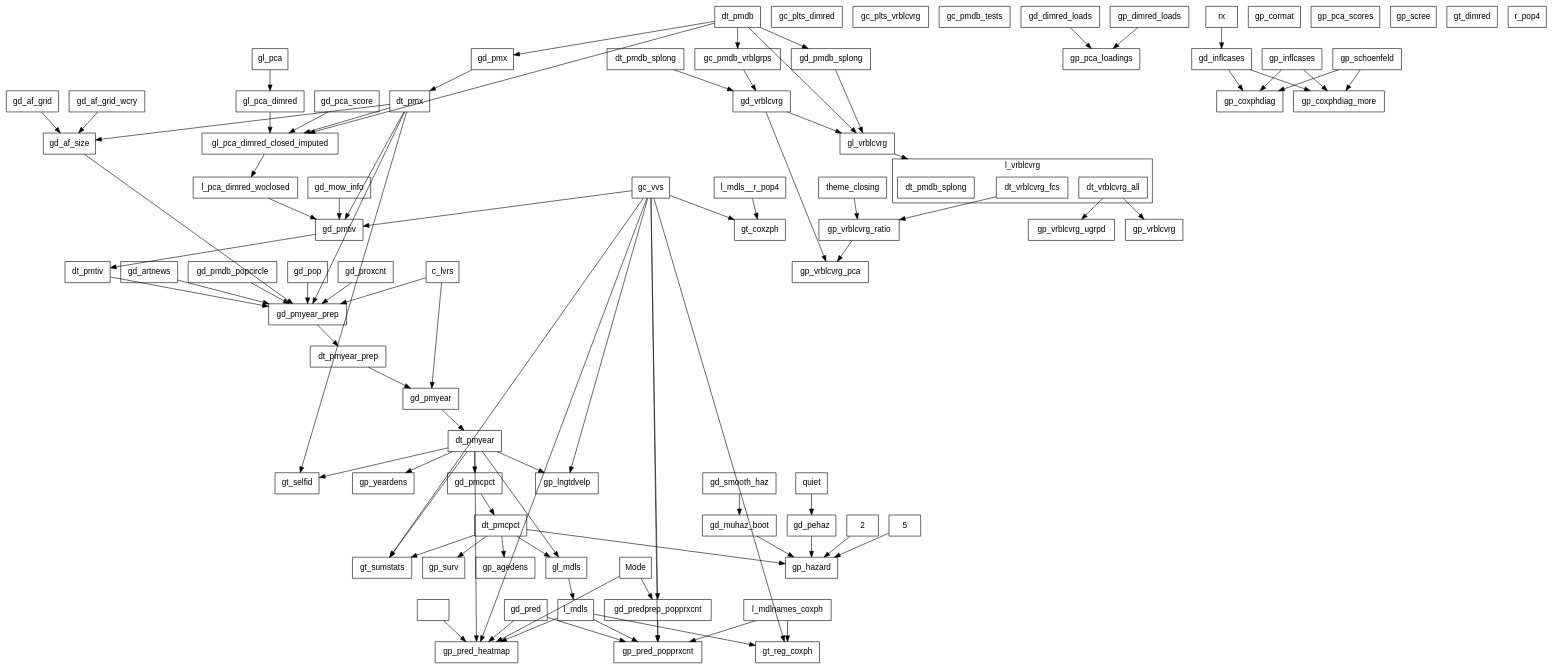
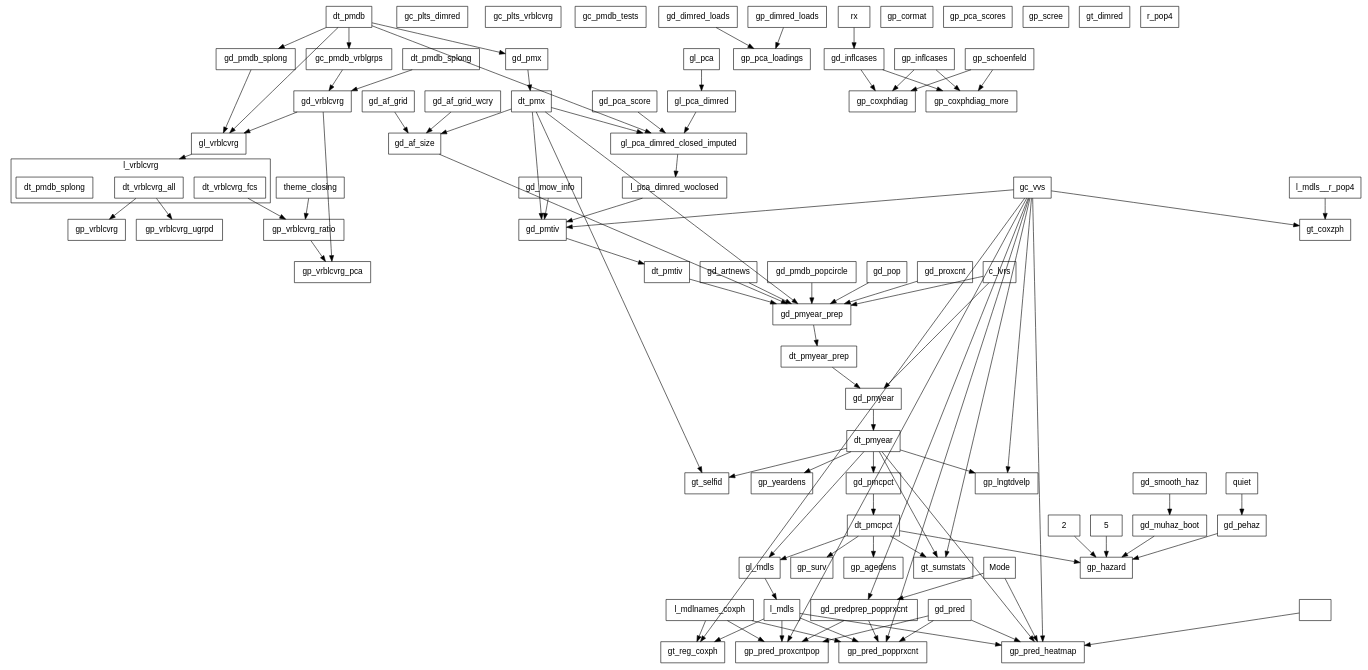
Before and after one commit to swhalemwo/pm_closing: the diagram in misc/callgraph2.dot, drawn with Graphviz. The commit also changed 2 other files, not shown here.

Commit message:
update callgraph/nbrs after adding p_pred_proxcntpop

```diff
--- a/misc/callgraph2.dot
+++ b/misc/callgraph2.dot
@@ -1,181 +1,187 @@
 digraph D {
  compound = true;
  splines = false; fontname=helvetica;
  node [shape=box, fontsize = 14, fontname=helvetica];
  edge [style = solid];
  
  subgraph cluster_l_vrblcvrg {
  label = "l_vrblcvrg";
  l_vrblcvrg__dt_vrblcvrg_all [label=dt_vrblcvrg_all]; 
 l_vrblcvrg__dt_vrblcvrg_fcs [label=dt_vrblcvrg_fcs]; 
 l_vrblcvrg [label = "", color=transparent, width=0, height=0]; 
 l_vrblcvrg__dt_pmdb_splong [label=dt_pmdb_splong] 
 } 
  gc_plts_dimred; 
 gc_plts_vrblcvrg; 
 gc_pmdb_tests; 
 gc_pmdb_vrblgrps; 
 gc_vvs; 
 gd_af_grid; 
 gd_af_grid_wcry; 
 gd_af_size; 
 gd_artnews; 
 gd_dimred_loads; 
 gd_inflcases; 
 gd_mow_info; 
 gd_muhaz_boot; 
 gd_pca_score; 
 gd_pehaz; 
 gd_pmcpct; 
 gd_pmdb_popcircle; 
 gd_pmdb_splong; 
 gd_pmtiv; 
 gd_pmx; 
 gd_pmyear; 
 gd_pmyear_prep; 
 gd_pop; 
 gd_pred; 
 gd_predprep_popprxcnt; 
 gd_proxcnt; 
 gd_smooth_haz; 
 gd_vrblcvrg; 
 gl_mdls; 
 gl_pca; 
 gl_pca_dimred; 
 gl_pca_dimred_closed_imputed; 
 gl_vrblcvrg; 
 gp_agedens; 
 gp_cormat; 
 gp_coxphdiag; 
 gp_coxphdiag_more; 
 gp_dimred_loads; 
 gp_hazard; 
 gp_inflcases; 
 gp_lngtdvelp; 
 gp_pca_loadings; 
 gp_pca_scores; 
 gp_pred_heatmap; 
 gp_pred_popprxcnt; 
+gp_pred_proxcntpop; 
 gp_schoenfeld; 
 gp_scree; 
 gp_surv; 
 gp_vrblcvrg; 
 gp_vrblcvrg_pca; 
 gp_vrblcvrg_ratio; 
 gp_vrblcvrg_ugrpd; 
 gp_yeardens; 
 gt_coxzph; 
 gt_dimred; 
 gt_reg_coxph; 
 gt_selfid; 
 gt_sumstats; 
 Mode; 
 quiet; 
 theme_closing; 
 dt_pmdb; 
 dt_pmdb_splong; 
 dt_pmx; 
 l_pca_dimred_woclosed; 
 dt_pmtiv; 
 c_lvrs; 
 dt_pmyear_prep; 
 dt_pmyear; 
 dt_pmcpct; 
 2; 
 5; 
 rx; 
 l_mdlnames_coxph; 
 l_mdls; 
 ""r_pop4""; 
 l_mdls__r_pop4 
  ""r_pop4"" -> gp_pred_heatmap; 
 2 -> gp_hazard; 
 5 -> gp_hazard; 
 Mode -> gd_predprep_popprxcnt; 
 Mode -> gp_pred_heatmap; 
 c_lvrs -> gd_pmyear; 
 c_lvrs -> gd_pmyear_prep; 
 dt_pmcpct -> gl_mdls; 
 dt_pmcpct -> gp_agedens; 
 dt_pmcpct -> gp_hazard; 
 dt_pmcpct -> gp_surv; 
 dt_pmcpct -> gt_sumstats; 
 dt_pmdb -> gc_pmdb_vrblgrps; 
 dt_pmdb -> gd_pmdb_splong; 
 dt_pmdb -> gd_pmx; 
 dt_pmdb -> gl_pca_dimred_closed_imputed; 
 dt_pmdb -> gl_vrblcvrg; 
 dt_pmdb_splong -> gd_vrblcvrg; 
 dt_pmtiv -> gd_pmyear_prep; 
 dt_pmx -> gd_af_size; 
 dt_pmx -> gd_pmtiv; 
 dt_pmx -> gd_pmyear_prep; 
 dt_pmx -> gl_pca_dimred_closed_imputed; 
 dt_pmx -> gt_selfid; 
 dt_pmyear -> gd_pmcpct; 
 dt_pmyear -> gl_mdls; 
 dt_pmyear -> gp_lngtdvelp; 
 dt_pmyear -> gp_pred_heatmap; 
 dt_pmyear -> gp_yeardens; 
 dt_pmyear -> gt_selfid; 
 dt_pmyear -> gt_sumstats; 
 dt_pmyear_prep -> gd_pmyear; 
 gc_pmdb_vrblgrps -> gd_vrblcvrg; 
 gc_vvs -> gd_pmtiv; 
 gc_vvs -> gd_predprep_popprxcnt; 
 gc_vvs -> gp_lngtdvelp; 
 gc_vvs -> gp_pred_heatmap; 
 gc_vvs -> gp_pred_popprxcnt; 
+gc_vvs -> gp_pred_proxcntpop; 
 gc_vvs -> gt_coxzph; 
 gc_vvs -> gt_reg_coxph; 
 gc_vvs -> gt_sumstats; 
 gd_af_grid -> gd_af_size; 
 gd_af_grid_wcry -> gd_af_size; 
 gd_af_size -> gd_pmyear_prep; 
 gd_artnews -> gd_pmyear_prep; 
 gd_dimred_loads -> gp_pca_loadings; 
 gd_inflcases -> gp_coxphdiag; 
 gd_inflcases -> gp_coxphdiag_more; 
 gd_mow_info -> gd_pmtiv; 
 gd_muhaz_boot -> gp_hazard; 
 gd_pca_score -> gl_pca_dimred_closed_imputed; 
 gd_pehaz -> gp_hazard; 
 gd_pmcpct -> dt_pmcpct; 
 gd_pmdb_popcircle -> gd_pmyear_prep; 
 gd_pmdb_splong -> gl_vrblcvrg; 
 gd_pmtiv -> dt_pmtiv; 
 gd_pmx -> dt_pmx; 
 gd_pmyear -> dt_pmyear; 
 gd_pmyear_prep -> dt_pmyear_prep; 
 gd_pop -> gd_pmyear_prep; 
 gd_pred -> gp_pred_heatmap; 
 gd_pred -> gp_pred_popprxcnt; 
+gd_pred -> gp_pred_proxcntpop; 
 gd_predprep_popprxcnt -> gp_pred_popprxcnt; 
+gd_predprep_popprxcnt -> gp_pred_proxcntpop; 
 gd_proxcnt -> gd_pmyear_prep; 
 gd_smooth_haz -> gd_muhaz_boot; 
 gd_vrblcvrg -> gl_vrblcvrg; 
 gd_vrblcvrg -> gp_vrblcvrg_pca; 
 gl_mdls -> l_mdls; 
 gl_pca -> gl_pca_dimred; 
 gl_pca_dimred -> gl_pca_dimred_closed_imputed; 
 gl_pca_dimred_closed_imputed -> l_pca_dimred_woclosed; 
 gl_vrblcvrg -> l_vrblcvrg[lhead=cluster_l_vrblcvrg,ltail=gl_vrblcvrg]; 
 gp_dimred_loads -> gp_pca_loadings; 
 gp_inflcases -> gp_coxphdiag; 
 gp_inflcases -> gp_coxphdiag_more; 
 gp_schoenfeld -> gp_coxphdiag; 
 gp_schoenfeld -> gp_coxphdiag_more; 
 gp_vrblcvrg_ratio -> gp_vrblcvrg_pca; 
 l_mdlnames_coxph -> gp_pred_popprxcnt; 
+l_mdlnames_coxph -> gp_pred_proxcntpop; 
 l_mdlnames_coxph -> gt_reg_coxph; 
 l_mdls -> gp_pred_heatmap; 
 l_mdls -> gp_pred_popprxcnt; 
+l_mdls -> gp_pred_proxcntpop; 
 l_mdls -> gt_reg_coxph; 
 l_mdls__r_pop4 -> gt_coxzph; 
 l_pca_dimred_woclosed -> gd_pmtiv; 
 l_vrblcvrg__dt_vrblcvrg_all -> gp_vrblcvrg; 
 l_vrblcvrg__dt_vrblcvrg_all -> gp_vrblcvrg_ugrpd; 
 l_vrblcvrg__dt_vrblcvrg_fcs -> gp_vrblcvrg_ratio; 
 quiet -> gd_pehaz; 
 rx -> gd_inflcases; 
 theme_closing -> gp_vrblcvrg_ratio }
```
